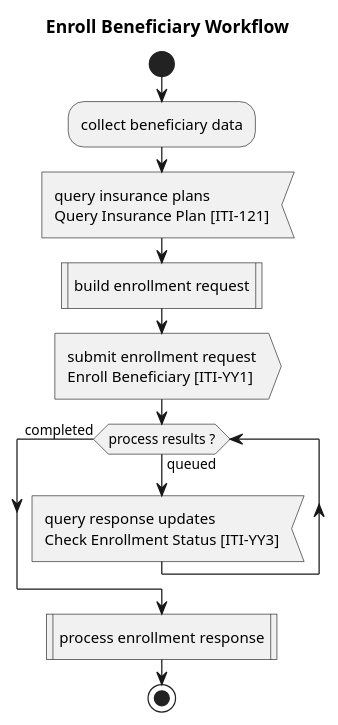
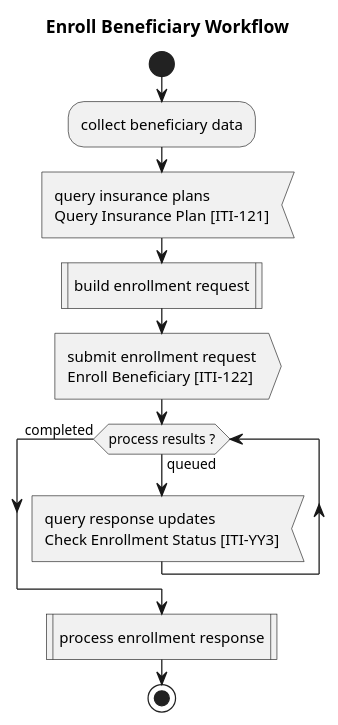
One commit to IHE/ITI.Finance changed the diagram in input/images-source/overview-enroll.plantuml. Above: the diagram before and after it, drawn with PlantUML. The commit also changed 22 other files, not shown here.

```diff
--- a/input/images-source/overview-enroll.plantuml
+++ b/input/images-source/overview-enroll.plantuml
@@ -1,16 +1,16 @@
 @startuml
 
 title Enroll Beneficiary Workflow
 
 start
 :collect beneficiary data;
 :query insurance plans\nQuery Insurance Plan &#91;ITI-121&#93;<
 :build enrollment request|
-:submit enrollment request\nEnroll Beneficiary &#91;ITI-YY1&#93;>
+:submit enrollment request\nEnroll Beneficiary &#91;ITI-122&#93;>
 while (process results ?) is (queued)
   :query response updates\nCheck Enrollment Status &#91;ITI-YY3&#93;<
 endwhile (completed)
 :process enrollment response|
 stop
 
 @enduml
```
